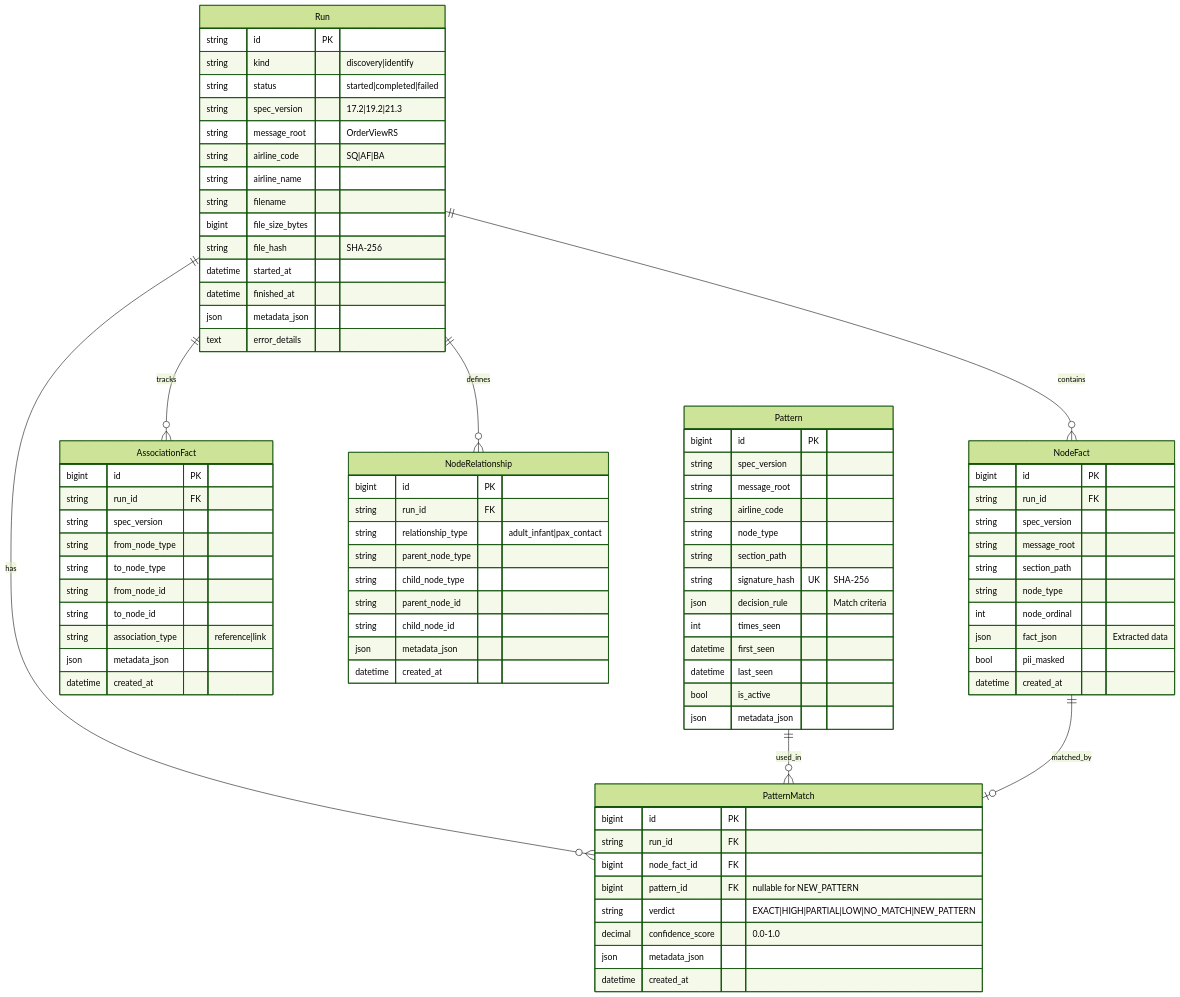
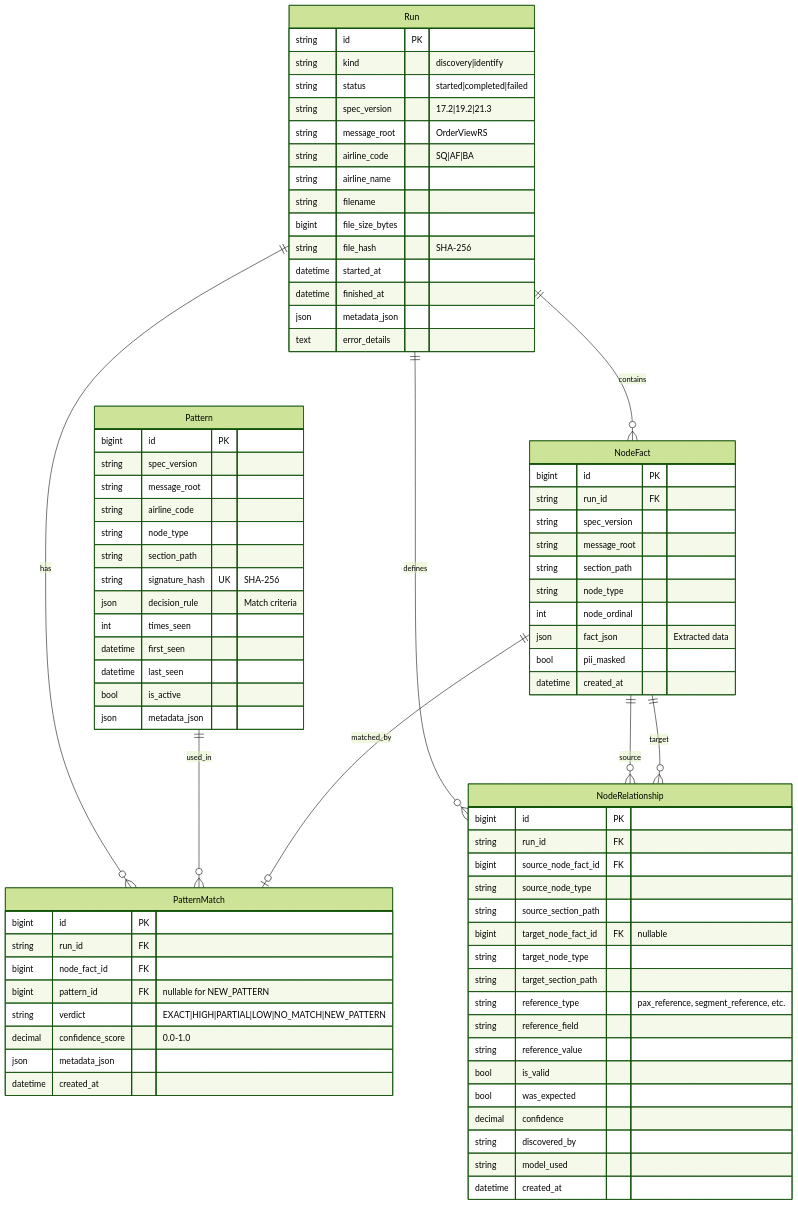
Before and after one commit to nikhil-codes-hub/ad_revamped: the eighth of 14 diagrams in docs/System_Diagrams.md, drawn with Mermaid (forest theme). The commit also changed other lines of this file and 1 other file, not shown here.

First line of the commit message:
Update system diagrams to reflect current database schema

````diff
--- a/docs/System_Diagrams.md
+++ b/docs/System_Diagrams.md
@@ -748,11 +699,12 @@
 erDiagram
     Run ||--o{ NodeFact : "contains"
     Run ||--o{ PatternMatch : "has"
-    Run ||--o{ AssociationFact : "tracks"
     Run ||--o{ NodeRelationship : "defines"
 
     Pattern ||--o{ PatternMatch : "used_in"
     NodeFact ||--o| PatternMatch : "matched_by"
+    NodeFact ||--o{ NodeRelationship : "source"
+    NodeFact ||--o{ NodeRelationship : "target"
 
     Run {
         string id PK
@@ -811,28 +763,23 @@
         datetime created_at
     }
 
-    AssociationFact {
-        bigint id PK
-        string run_id FK
-        string spec_version
-        string from_node_type
-        string to_node_type
-        string from_node_id
-        string to_node_id
-        string association_type "reference|link"
-        json metadata_json
-        datetime created_at
-    }
-
     NodeRelationship {
         bigint id PK
         string run_id FK
-        string relationship_type "adult_infant|pax_contact"
-        string parent_node_type
-        string child_node_type
-        string parent_node_id
-        string child_node_id
-        json metadata_json
+        bigint source_node_fact_id FK
+        string source_node_type
+        string source_section_path
+        bigint target_node_fact_id FK "nullable"
+        string target_node_type
+        string target_section_path
+        string reference_type "pax_reference, segment_reference, etc."
+        string reference_field
+        string reference_value
+        bool is_valid
+        bool was_expected
+        decimal confidence
+        string discovered_by
+        string model_used
         datetime created_at
     }
 ```
````
